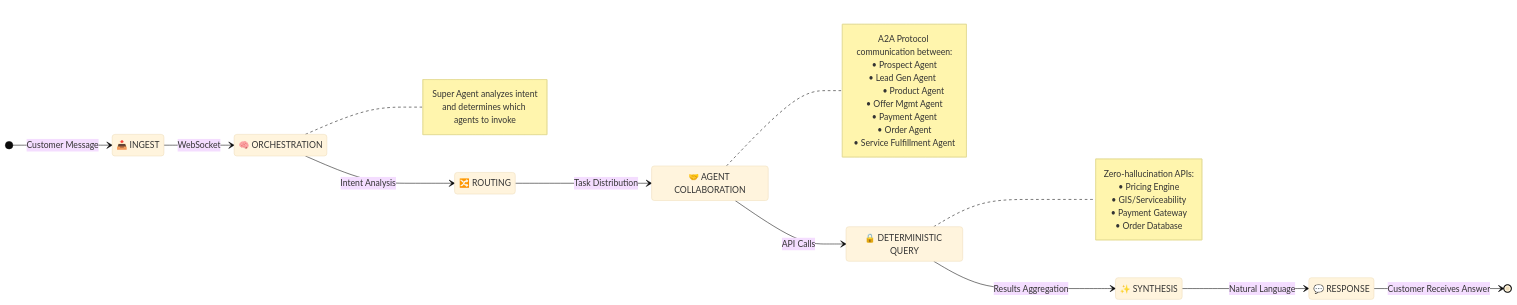
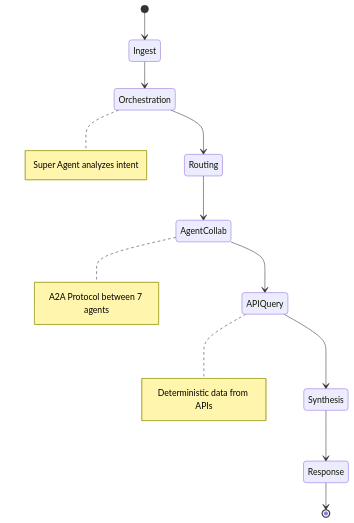
The fourth of 8 diagrams in README.md (sudhamanc/ConversationalSalesAgent), drawn with Mermaid before and after one commit. The commit also changed other lines of this file, not shown here.

First line of the commit message:
Revise architecture and flow diagrams in README

````diff
--- a/README.md
+++ b/README.md
@@ -276,46 +330,15 @@
 ```mermaid
-%%{init: {'theme': 'base', 'themeVariables': { 'fontSize': '16px'}, 'state': {'padding': 20}}}%%
 stateDiagram-v2
-    direction LR
-    [*] --> Ingest: Customer Message
+    [*] --> Ingest
+    Ingest --> Orchestration
+    Orchestration --> Routing
+    Routing --> AgentCollab
+    AgentCollab --> APIQuery
+    APIQuery --> Synthesis
+    Synthesis --> Response
+    Response --> [*]
     
-    state "📥 INGEST" as Ingest
-    state "🧠 ORCHESTRATION" as Orchestration
-    state "🔀 ROUTING" as Routing
-    state "🤝 AGENT COLLABORATION" as AgentCollaboration
-    state "🔒 DETERMINISTIC QUERY" as DeterministicQuery  
-    state "✨ SYNTHESIS" as Synthesis
-    state "💬 RESPONSE" as Response
-    
-    Ingest --> Orchestration: WebSocket
-    Orchestration --> Routing: Intent Analysis
-    Routing --> AgentCollaboration: Task Distribution
-    AgentCollaboration --> DeterministicQuery: API Calls
-    DeterministicQuery --> Synthesis: Results Aggregation
-    Synthesis --> Response: Natural Language
-    Response --> [*]: Customer Receives Answer
-    
-    note right of Orchestration
-        Super Agent analyzes intent
-        and determines which agents to invoke
-    end note
-    
-    note right of AgentCollaboration
-        A2A Protocol communication between:
-        • Prospect Agent
-        • Lead Gen Agent  
-        • Product Agent
-        • Offer Mgmt Agent
-        • Payment Agent
-        • Order Agent
-        • Service Fulfillment Agent
-    end note
-    
-    note right of DeterministicQuery
-        Zero-hallucination APIs:
-        • Pricing Engine
-        • GIS/Serviceability
-        • Payment Gateway
-        • Order Database
-    end note
+    note right of Orchestration: Super Agent analyzes intent
+    note right of AgentCollab: A2A Protocol between 7 agents
+    note right of APIQuery: Deterministic data from APIs
 ```
````
